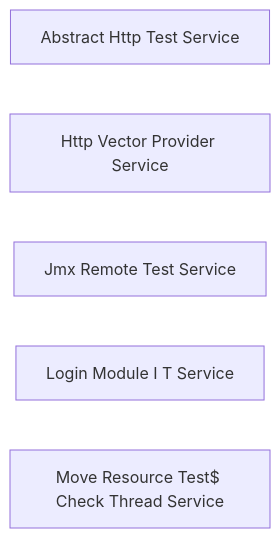
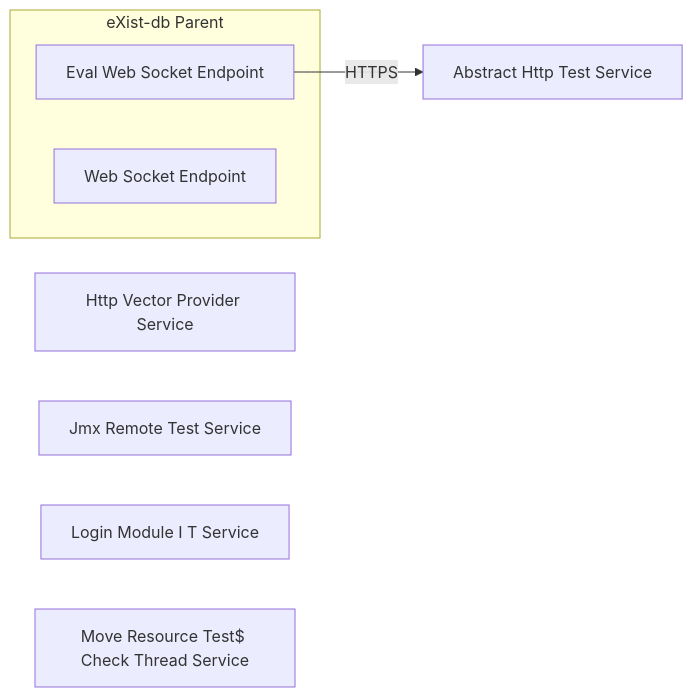
Before and after one commit to eXist-db/exist: the diagram in .moderne/context/architecture.md, drawn with Mermaid. The commit also changed other lines of this file and 15 other files, not shown here.

````diff
--- a/.moderne/context/architecture.md
+++ b/.moderne/context/architecture.md
@@ -5,9 +5,15 @@
 ```mermaid
 flowchart LR
+  subgraph exist-parent["eXist-db Parent"]
+    eval-web-socket-endpoint["Eval Web Socket Endpoint"]
+    web-socket-endpoint["Web Socket Endpoint"]
+  end
+
   abstract-http-test-service["Abstract Http Test Service"]
   http-vector-provider-service["Http Vector Provider Service"]
   jmx-remote-test-service["Jmx Remote Test Service"]
   login-module-i-t-service["Login Module I T Service"]
   move-resource-test$-check-thread-service["Move Resource Test$ Check Thread Service"]
 
+  eval-web-socket-endpoint -->|HTTPS| abstract-http-test-service
 ```
````
